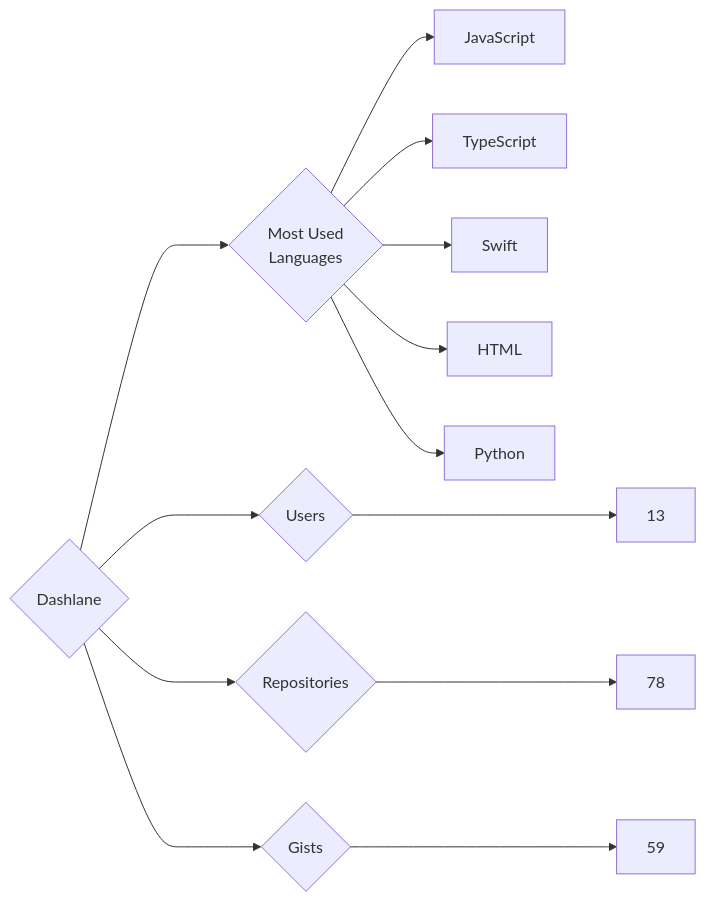
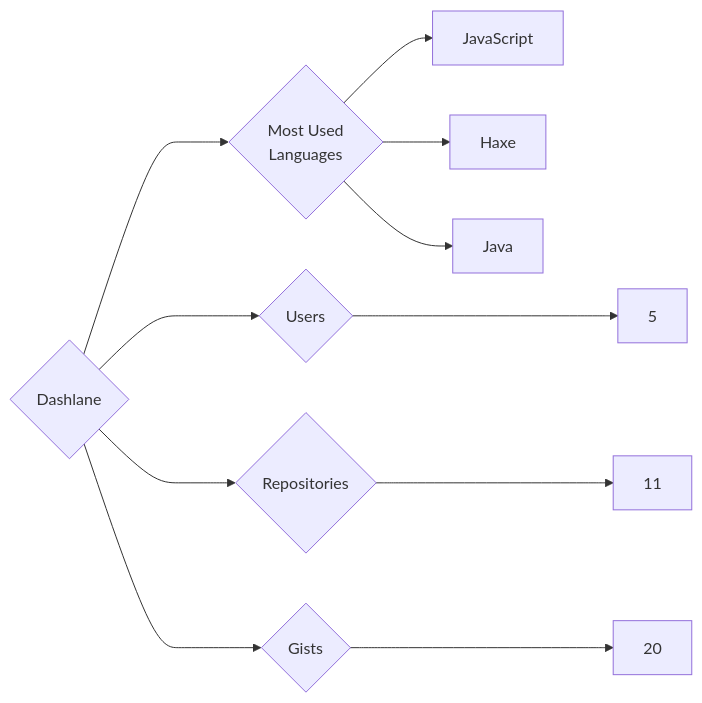
Before and after one commit to trickest/insiders: the diagram in targets/Dashlane/README.md, drawn with Mermaid. The commit also changed 934 other files, not shown here.

````diff
--- a/targets/Dashlane/README.md
+++ b/targets/Dashlane/README.md
@@ -3,13 +3,11 @@
 ```mermaid
 graph LR
 COMPANY_NAME{Dashlane}
-COMPANY_NAME ---> U{Users} ---> UN[13]
-COMPANY_NAME ---> R{Repositories} ---> RN[78]
-COMPANY_NAME ---> G{Gists} ---> GN[59]
+COMPANY_NAME ---> U{Users} ---> UN[5]
+COMPANY_NAME ---> R{Repositories} ---> RN[11]
+COMPANY_NAME ---> G{Gists} ---> GN[20]
 COMPANY_NAME ---> ML{Most Used<br>Languages}
 ML --> JavaScript[JavaScript]
-ML --> TypeScript[TypeScript]
-ML --> Swift[Swift]
-ML --> HTML[HTML]
-ML --> Python[Python]
+ML --> Haxe[Haxe]
+ML --> Java[Java]
 ```
````
